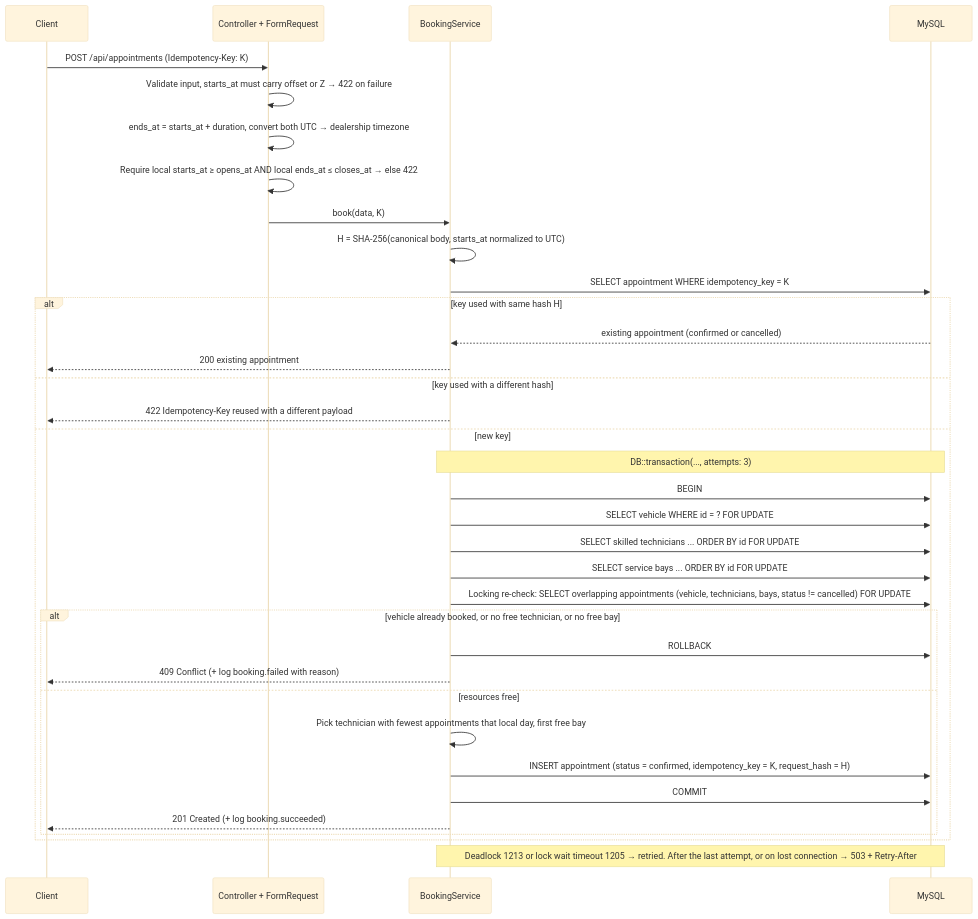
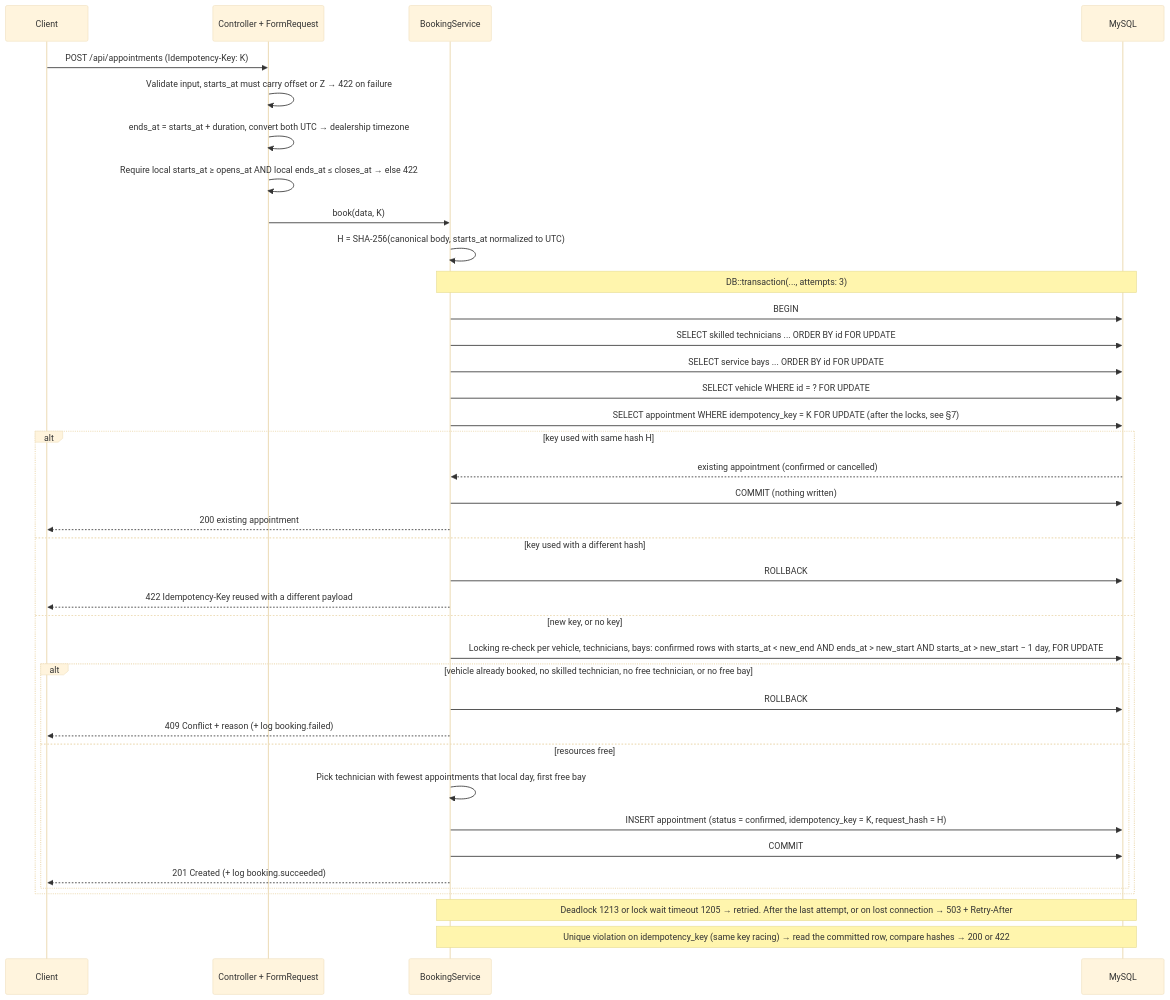
One commit to Truongpyeo/keyloop-service-scheduler changed the third of 3 diagrams in docs/DESIGN.md. Above: the diagram before and after it, drawn with Mermaid (base theme). The commit also changed other lines of this file and 29 other files, not shown here.

````diff
--- a/docs/DESIGN.md
+++ b/docs/DESIGN.md
@@ -133,38 +133,41 @@
 ```mermaid
 sequenceDiagram
     participant C as Client
     participant API as Controller + FormRequest
     participant BS as BookingService
     participant DB as MySQL
 
     C->>API: POST /api/appointments (Idempotency-Key: K)
     API->>API: Validate input, starts_at must carry offset or Z → 422 on failure
     API->>API: ends_at = starts_at + duration, convert both UTC → dealership timezone
     API->>API: Require local starts_at ≥ opens_at AND local ends_at ≤ closes_at → else 422
     API->>BS: book(data, K)
     BS->>BS: H = SHA-256(canonical body, starts_at normalized to UTC)
-    BS->>DB: SELECT appointment WHERE idempotency_key = K
+    Note over BS,DB: DB::transaction(..., attempts: 3)
+    BS->>DB: BEGIN
+    BS->>DB: SELECT skilled technicians ... ORDER BY id FOR UPDATE
+    BS->>DB: SELECT service bays ... ORDER BY id FOR UPDATE
+    BS->>DB: SELECT vehicle WHERE id = ? FOR UPDATE
+    BS->>DB: SELECT appointment WHERE idempotency_key = K FOR UPDATE (after the locks, see §7)
     alt key used with same hash H
         DB-->>BS: existing appointment (confirmed or cancelled)
+        BS->>DB: COMMIT (nothing written)
         BS-->>C: 200 existing appointment
     else key used with a different hash
+        BS->>DB: ROLLBACK
         BS-->>C: 422 Idempotency-Key reused with a different payload
-    else new key
-        Note over BS,DB: DB::transaction(..., attempts: 3)
-        BS->>DB: BEGIN
-        BS->>DB: SELECT vehicle WHERE id = ? FOR UPDATE
-        BS->>DB: SELECT skilled technicians ... ORDER BY id FOR UPDATE
-        BS->>DB: SELECT service bays ... ORDER BY id FOR UPDATE
-        BS->>DB: Locking re-check: SELECT overlapping appointments (vehicle, technicians, bays, status != cancelled) FOR UPDATE
-        alt vehicle already booked, or no free technician, or no free bay
+    else new key, or no key
+        BS->>DB: Locking re-check per vehicle, technicians, bays: confirmed rows with starts_at < new_end AND ends_at > new_start AND starts_at > new_start − 1 day, FOR UPDATE
+        alt vehicle already booked, no skilled technician, no free technician, or no free bay
             BS->>DB: ROLLBACK
-            BS-->>C: 409 Conflict (+ log booking.failed with reason)
+            BS-->>C: 409 Conflict + reason (+ log booking.failed)
         else resources free
             BS->>BS: Pick technician with fewest appointments that local day, first free bay
             BS->>DB: INSERT appointment (status = confirmed, idempotency_key = K, request_hash = H)
             BS->>DB: COMMIT
             BS-->>C: 201 Created (+ log booking.succeeded)
         end
     end
     Note over BS,DB: Deadlock 1213 or lock wait timeout 1205 → retried. After the last attempt, or on lost connection → 503 + Retry-After
+    Note over BS,DB: Unique violation on idempotency_key (same key racing) → read the committed row, compare hashes → 200 or 422
 ```
````
